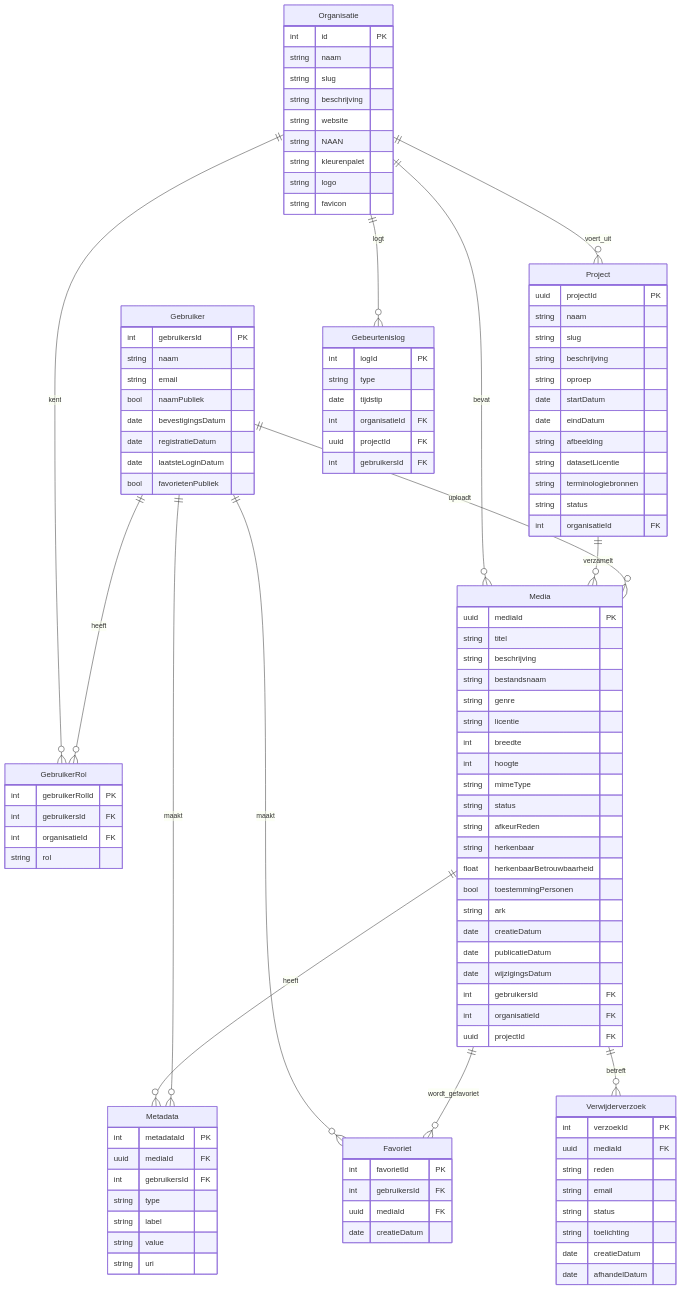
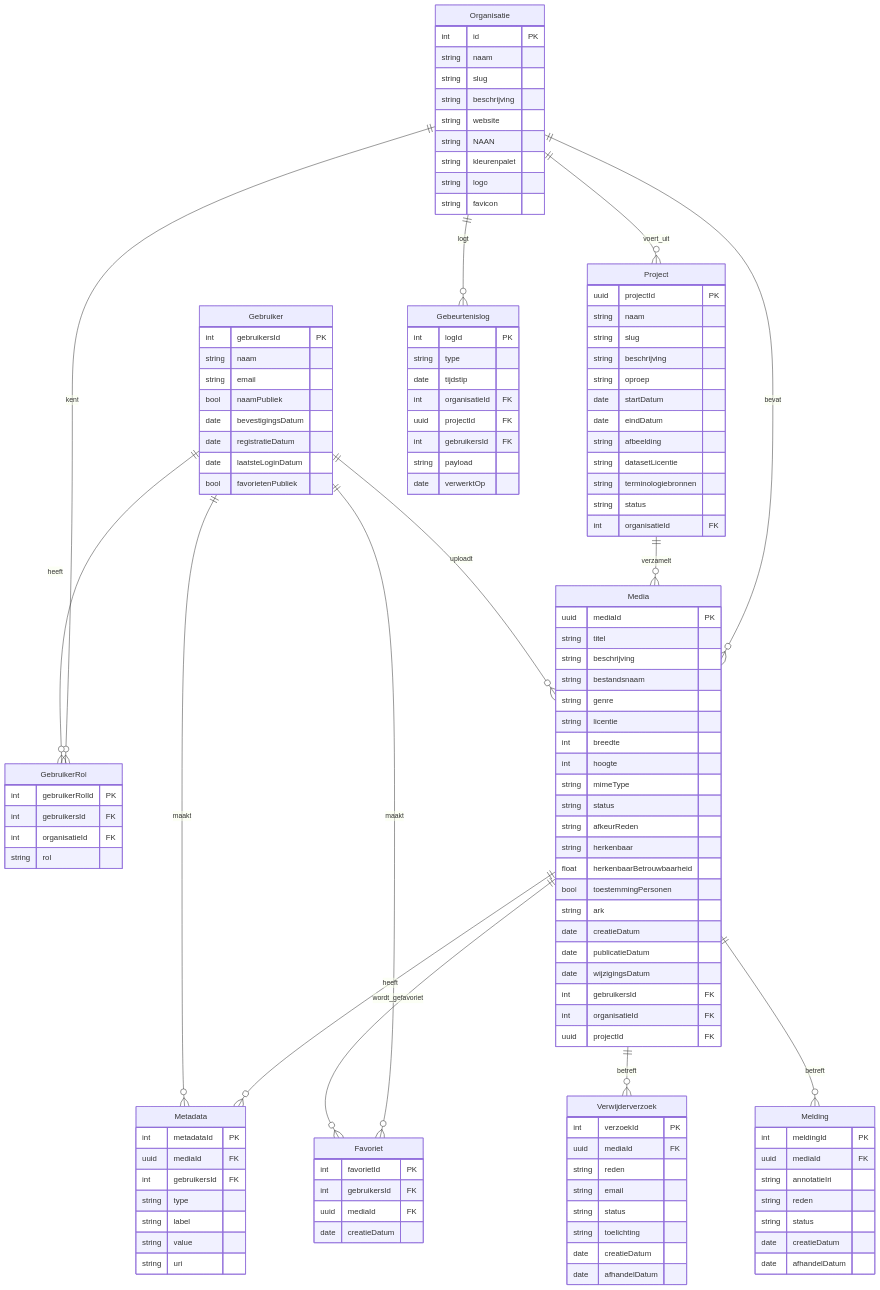
Before and after one commit to inside-out-time-machines/design: the diagram in data-architectuur/erd.mermaid.md, drawn with Mermaid. The commit also changed 9 other files, not shown here.

Commit message:
Reviewbevindingen 15 aug verwerkt: ARK/IA consistent, meldingen op annotaties, MVP-scope JPG/PNG/TIFF, licentiebevestiging, outbox, speld op kaart, rate limits

```diff
--- a/data-architectuur/erd.mermaid.md
+++ b/data-architectuur/erd.mermaid.md
@@ -100,6 +100,16 @@
     date afhandelDatum
   }
 
+  Melding {
+    int meldingId PK
+    uuid mediaId FK
+    string annotatieIri
+    string reden
+    string status
+    date creatieDatum
+    date afhandelDatum
+  }
+
   Gebeurtenislog {
     int logId PK
     string type
@@ -107,6 +117,8 @@
     int organisatieId FK
     uuid projectId FK
     int gebruikersId FK
+    string payload
+    date verwerktOp
   }
 
   %% Project: campagne op organisatieniveau (bijv. "Smaak van Gouda"), beheerd door de
@@ -142,6 +154,14 @@
   %% zie keuze-oplossingsrichting).
   %% Locatie- en tijdlijngegevens (adres, openings-/sluitingsjaar, geo-WKT, archiefbron)
   %% worden vastgelegd als Metadata-rijen op Media; er is geen apart locatiemodel.
+  %% De coordinaten komen van de speld die de uploader op de kaart prikt (lat/lon als
+  %% Metadata-rijen); er is geen geocoding-dienst in de MVP.
+  %% Melding: rapportage van een annotatie of reactie (spam/ongepast) door bezoekers;
+  %% annotatieIri wijst naar de W3C-annotatie in miiify, status: nieuw / afgehandeld /
+  %% afgewezen. Afhandeling door de moderator, gelogd in het Gebeurtenislog.
+  %% Gebeurtenislog is tevens de transactional outbox (zie systeemarchitectuur):
+  %% payload beschrijft de mutatie, verwerktOp markeert succesvolle doorwerking naar
+  %% Elasticsearch / Fuseki / Varnish-purge.
 
   %% Relationships
   Organisatie ||--o{ GebruikerRol : "kent"
@@ -159,6 +179,7 @@
   Media ||--o{ Favoriet : "wordt_gefavoriet"
 
   Media ||--o{ Verwijderverzoek : "betreft"
+  Media ||--o{ Melding : "betreft"
   Organisatie ||--o{ Gebeurtenislog : "logt"
 
   Gebruiker ||--o{ Metadata : "maakt"
```
